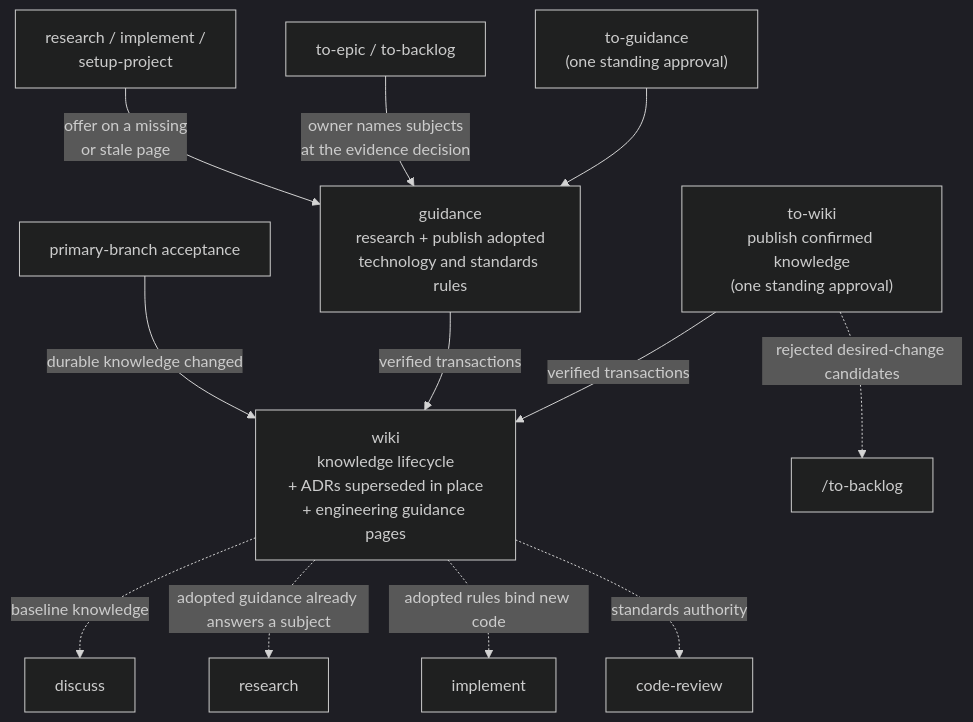
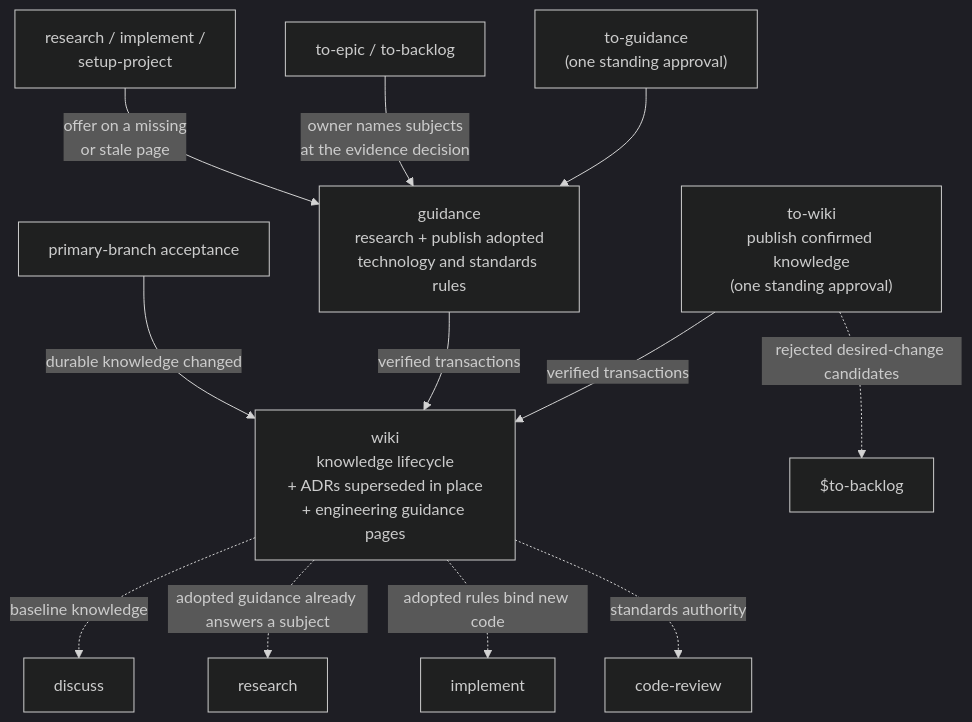
One commit to beeltec/skills changed the fourth of 5 diagrams in README.md. Above: the diagram before and after it, drawn with Mermaid (dark theme). The commit also changed other lines of this file and 27 other files, not shown here.

````diff
--- a/README.md
+++ b/README.md
@@ -79,15 +79,15 @@
 ```mermaid
 flowchart TD
     TW["to-wiki<br/>publish confirmed knowledge<br/>(one standing approval)"] -->|verified transactions| WK
     TG["to-guidance<br/>(one standing approval)"] --> GD
     TE["to-epic / to-backlog"] -->|owner names subjects<br/>at the evidence decision| GD
     RT2["research / implement /<br/>setup-project"] -->|offer on a missing<br/>or stale page| GD
     GD["guidance<br/>research + publish adopted<br/>technology and standards rules"] -->|verified transactions| WK
     ACC["primary-branch acceptance"] -->|durable knowledge changed| WK
     WK["wiki<br/>knowledge lifecycle<br/>+ ADRs superseded in place<br/>+ engineering guidance pages"]
-    TW -.->|rejected desired-change candidates| TB["/to-backlog"]
+    TW -.->|rejected desired-change candidates| TB["$to-backlog"]
     WK -.->|baseline knowledge| D["discuss"]
     WK -.->|adopted guidance already answers a subject| RT["research"]
     WK -.->|adopted rules bind new code| IMP["implement"]
     WK -.->|standards authority| CR["code-review"]
 ```
````
